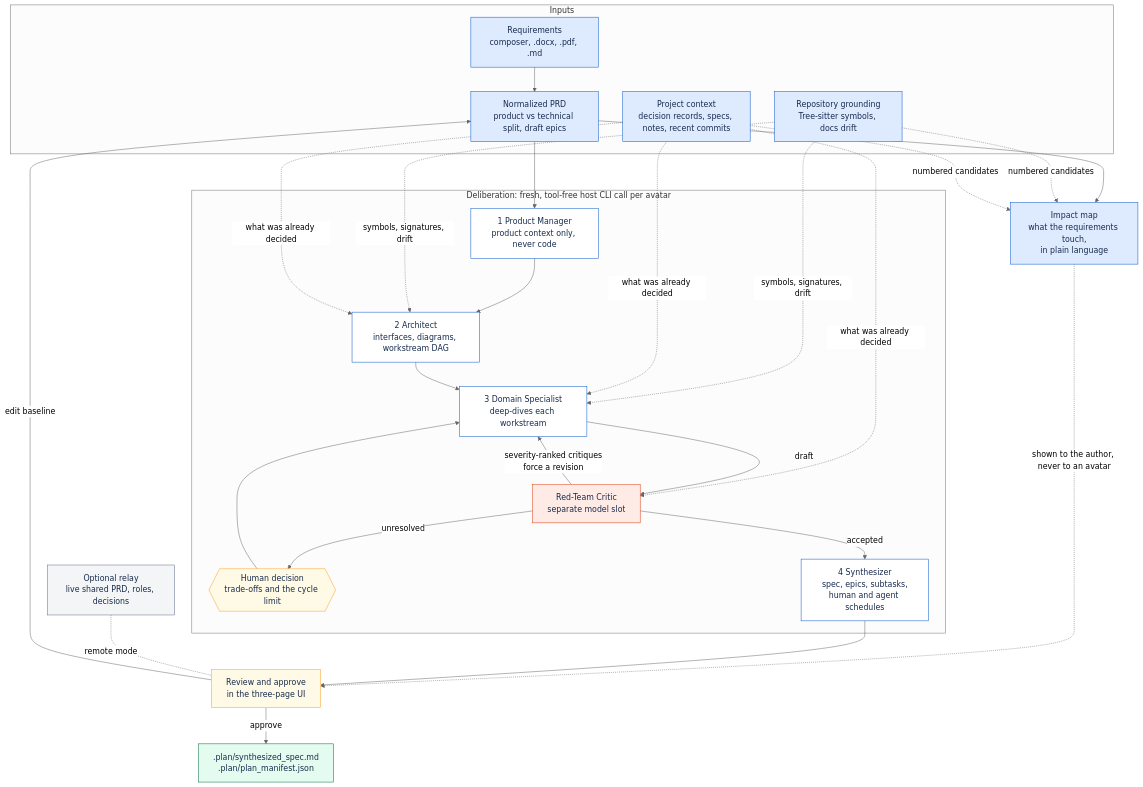
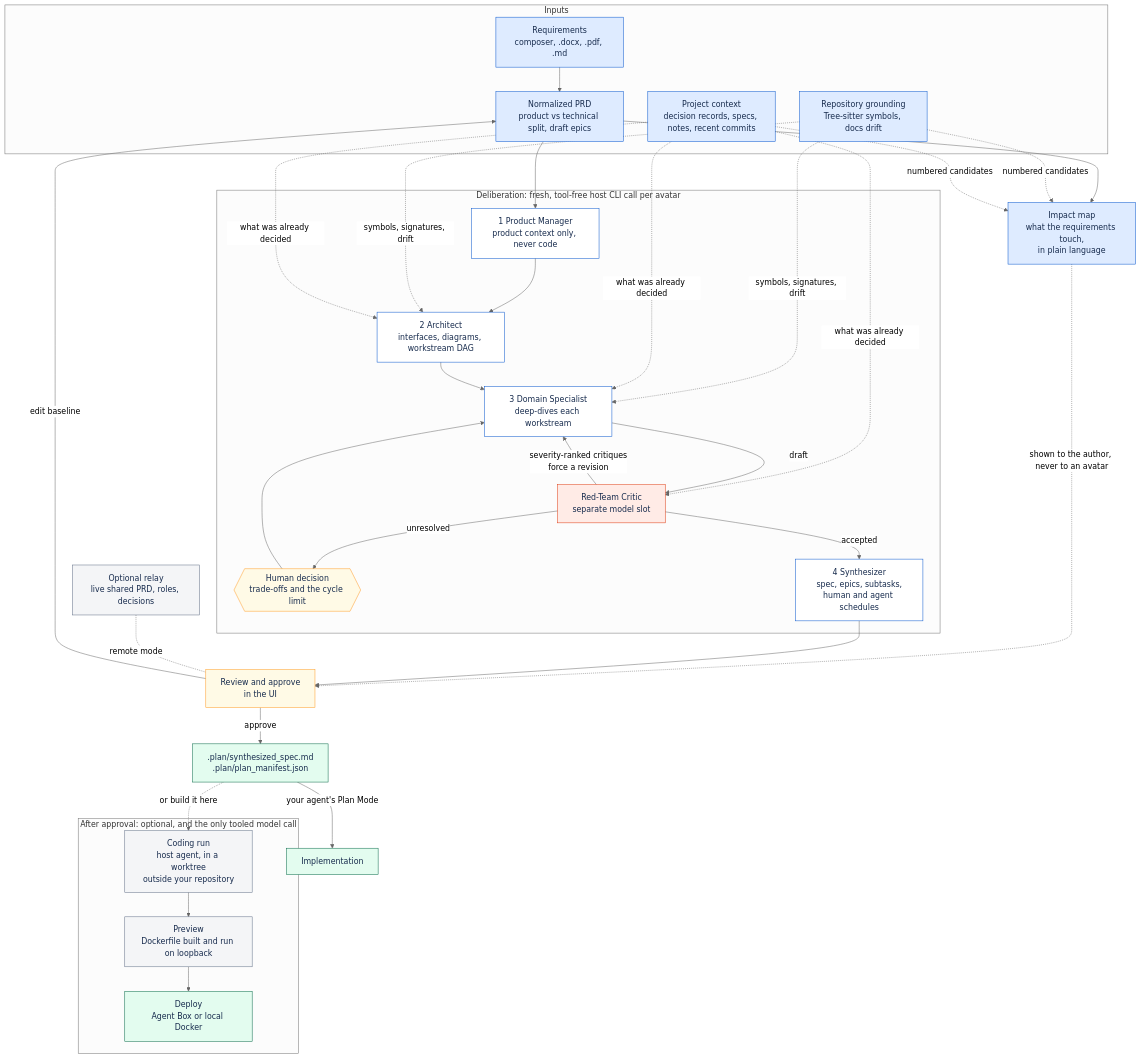
One commit to danielckv/agentic-plan-forge changed the diagram in docs/usage.md. Above: the diagram before and after it, drawn with Mermaid (neutral theme). The commit also changed other lines of this file and 2 other files, not shown here.

First paragraph of the commit message:
docs: show the flow and the avatars, and catalogue what 0.7 added
README gains two sections and keeps every screenshot.

````diff
--- a/docs/usage.md
+++ b/docs/usage.md
@@ -10,53 +10,63 @@
 ```mermaid
 flowchart TD
     classDef input fill:#DEEBFF,stroke:#0052CC,color:#172B4D
     classDef avatar fill:#FFFFFF,stroke:#0052CC,color:#172B4D
     classDef critic fill:#FFEBE6,stroke:#DE350B,color:#172B4D
     classDef output fill:#E3FCEF,stroke:#006644,color:#172B4D
     classDef human fill:#FFFAE6,stroke:#FF991F,color:#172B4D
     classDef infra fill:#F4F5F7,stroke:#5E6C84,color:#172B4D
 
     subgraph IN["Inputs"]
         REQ["Requirements<br/>composer, .docx, .pdf, .md"]:::input
         PRD["Normalized PRD<br/>product vs technical split, draft epics"]:::input
         GROUND["Repository grounding<br/>Tree-sitter symbols, docs drift"]:::input
         CONTEXT["Project context<br/>decision records, specs, notes, recent commits"]:::input
     end
 
     subgraph DELIB["Deliberation: fresh, tool-free host CLI call per avatar"]
         PM["1 Product Manager<br/>product context only, never code"]:::avatar
         ARCH["2 Architect<br/>interfaces, diagrams, workstream DAG"]:::avatar
         DOMAIN["3 Domain Specialist<br/>deep-dives each workstream"]:::avatar
         CRITIC["Red-Team Critic<br/>separate model slot"]:::critic
         DECIDE{{"Human decision<br/>trade-offs and the cycle limit"}}:::human
         SYNTH["4 Synthesizer<br/>spec, epics, subtasks,<br/>human and agent schedules"]:::avatar
     end
 
     MAP["Impact map<br/>what the requirements touch,<br/>in plain language"]:::input
     RELAY["Optional relay<br/>live shared PRD, roles, decisions"]:::infra
-    REVIEW["Review and approve<br/>in the three-page UI"]:::human
+    REVIEW["Review and approve<br/>in the UI"]:::human
     OUT[".plan/synthesized_spec.md<br/>.plan/plan_manifest.json"]:::output
+
+    subgraph AFTER["After approval: optional, and the only tooled model call"]
+        CODE["Coding run<br/>host agent, in a worktree<br/>outside your repository"]:::infra
+        PREVIEW["Preview<br/>Dockerfile built and run on loopback"]:::infra
+        DEPLOY["Deploy<br/>Agent Box or local Docker"]:::output
+    end
 
     REQ --> PRD
     PRD --> MAP
     GROUND -. "numbered candidates" .-> MAP
     CONTEXT -. "numbered candidates" .-> MAP
     MAP -. "shown to the author, never to an avatar" .-> REVIEW
     PRD --> PM
     PM --> ARCH
     GROUND -. "symbols, signatures, drift" .-> ARCH
     GROUND -. "symbols, signatures, drift" .-> DOMAIN
     CONTEXT -. "what was already decided" .-> ARCH
     CONTEXT -. "what was already decided" .-> DOMAIN
     CONTEXT -. "what was already decided" .-> CRITIC
     ARCH --> DOMAIN
     DOMAIN -- "draft" --> CRITIC
     CRITIC -- "severity-ranked critiques<br/>force a revision" --> DOMAIN
     CRITIC -- "unresolved" --> DECIDE
     DECIDE --> DOMAIN
     CRITIC -- "accepted" --> SYNTH
     SYNTH --> REVIEW
     RELAY -. "remote mode" .- REVIEW
     REVIEW -- "approve" --> OUT
     REVIEW -- "edit baseline" --> PRD
+    OUT -- "your agent's Plan Mode" --> PLANMODE["Implementation"]:::output
+    OUT -. "or build it here" .-> CODE
+    CODE --> PREVIEW
+    PREVIEW --> DEPLOY
 ```
````
